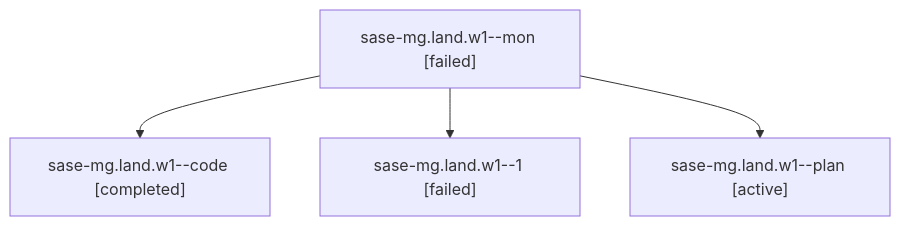
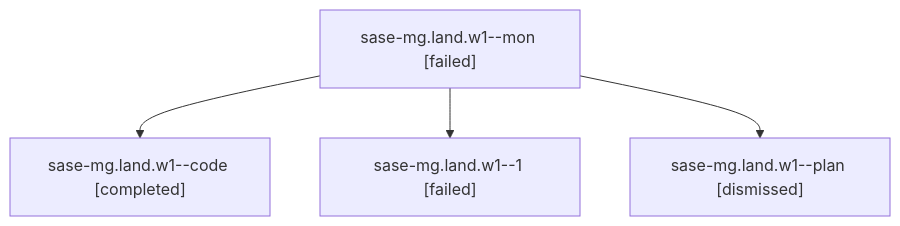
One commit to sase-org/sase--agents changed the diagram in sessions/bbugyi200.athena.sase-mg.land.w1.md. Above: the diagram before and after it, drawn with Mermaid. The commit also changed other lines of this file and 69 other files, not shown here.

````diff
--- a/sessions/bbugyi200.athena.sase-mg.land.w1.md
+++ b/sessions/bbugyi200.athena.sase-mg.land.w1.md
@@ -9,10 +9,10 @@
 ```mermaid
 flowchart TD
   n0["sase-mg.land.w1--mon [failed]"]
   n1["sase-mg.land.w1--code [completed]"]
   n0 --> n1
   n2["sase-mg.land.w1--1 [failed]"]
   n0 --> n2
-  n3["sase-mg.land.w1--plan [active]"]
+  n3["sase-mg.land.w1--plan [dismissed]"]
   n0 --> n3
 ```
````
